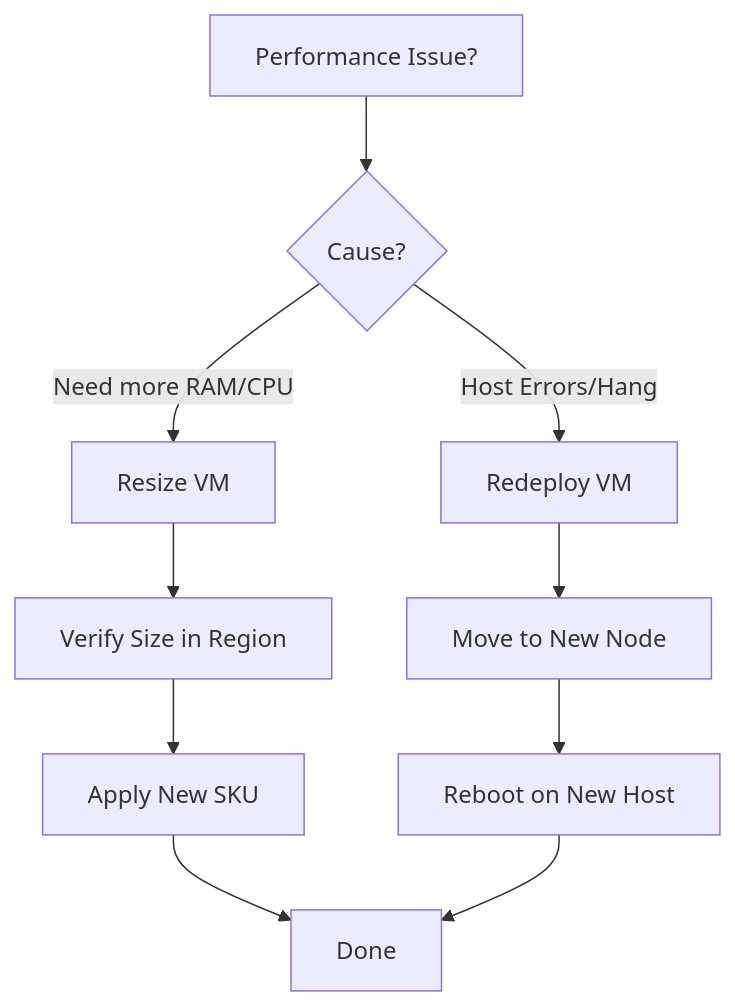
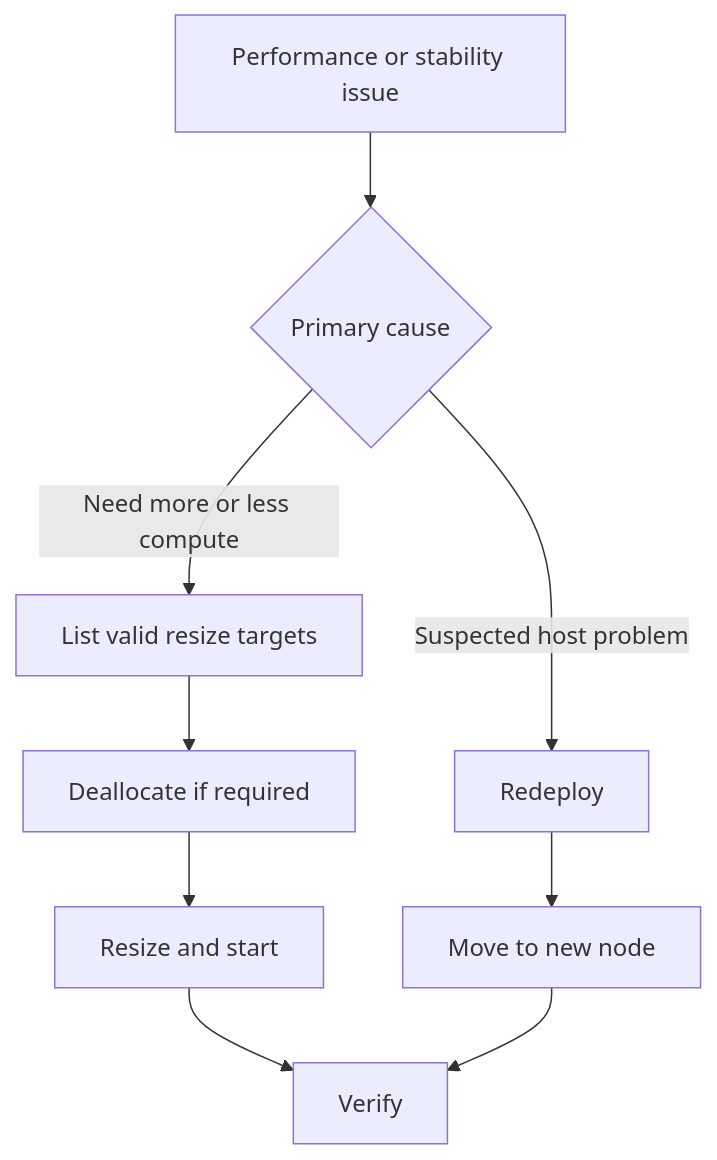
One commit to yeongseon/azure-virtual-machine-practical-guide changed the diagram in docs/operations/resize-and-redeploy.md. Above: the diagram before and after it, drawn with Mermaid. The commit also changed other lines of this file and 9 other files, not shown here.

````diff
--- a/docs/operations/resize-and-redeploy.md
+++ b/docs/operations/resize-and-redeploy.md
@@ -40,12 +47,11 @@
 ```mermaid
 flowchart TD
-    A[Performance Issue?] --> B{Cause?}
-    B -->|Need more RAM/CPU| C[Resize VM]
-    B -->|Host Errors/Hang| D[Redeploy VM]
-    C --> E[Verify Size in Region]
-    D --> F[Move to New Node]
-    E --> G[Apply New SKU]
-    F --> H[Reboot on New Host]
-    G --> I[Done]
-    H --> I
+    A[Performance or stability issue] --> B{Primary cause}
+    B -->|Need more or less compute| C[List valid resize targets]
+    B -->|Suspected host problem| D[Redeploy]
+    C --> E[Deallocate if required]
+    E --> F[Resize and start]
+    D --> G[Move to new node]
+    F --> H[Verify]
+    G --> H
 ```
````
